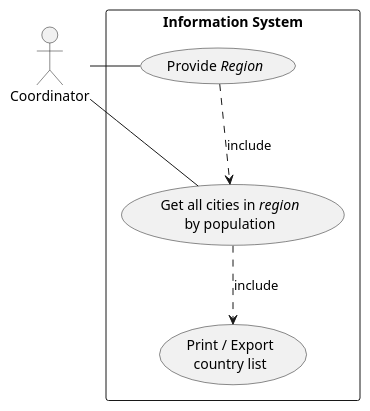
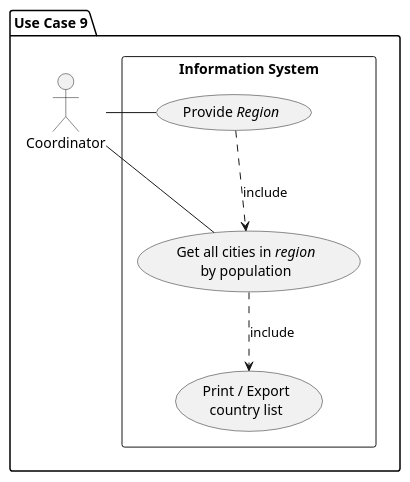
One commit to oparatte/SET08803-Group1 changed the third of 5 diagrams in use-cases/Use-case-diagrams.puml. Above: the diagram before and after it, drawn with PlantUML. The commit also changed other lines of this file, not shown here.

```diff
--- a/use-cases/Use-case-diagrams.puml
+++ b/use-cases/Use-case-diagrams.puml
@@ -35,19 +45,22 @@
 @startuml
+
+package "Use Case 9" {
 
 actor A1 as "Coordinator"
 
 rectangle "Information System" {
     usecase UC9 as "Get all cities in //region//
                     by population"
 
     usecase UCa as "Provide //Region//"
 
     usecase UCb as "Print / Export
             country list"
 
     A1 - UC9
     A1 - UCa
     UCa ..> UC9 : include
     UC9 ..> UCb : include
 }
+}
 @enduml
```
